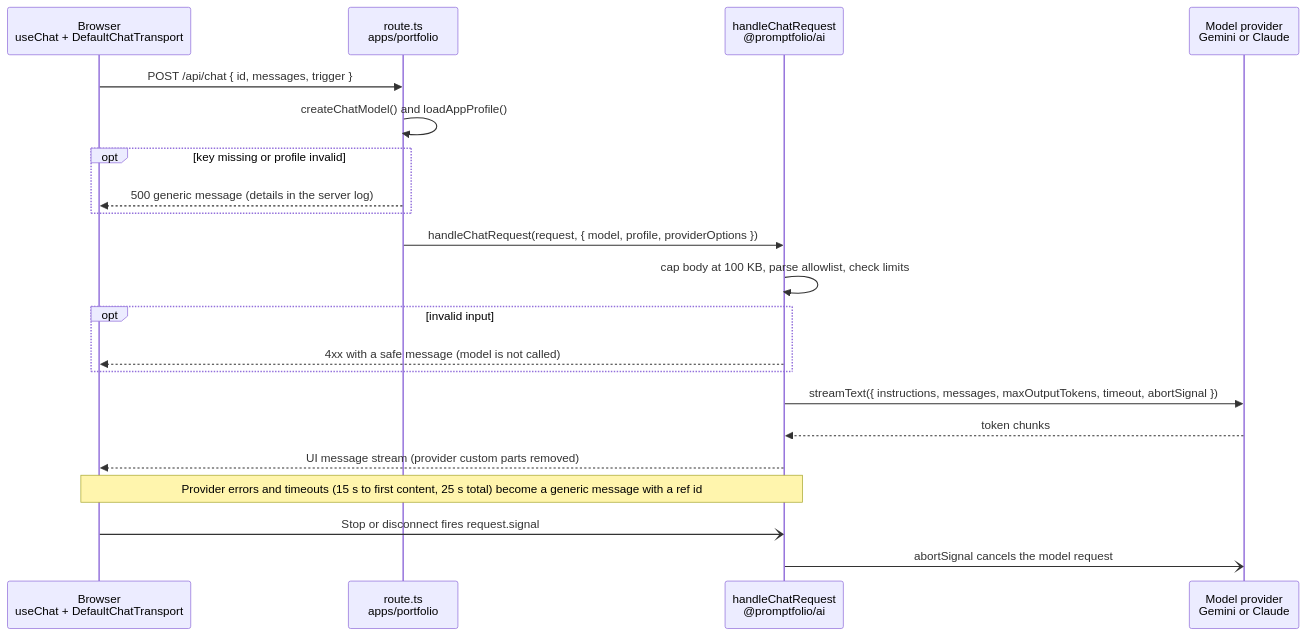
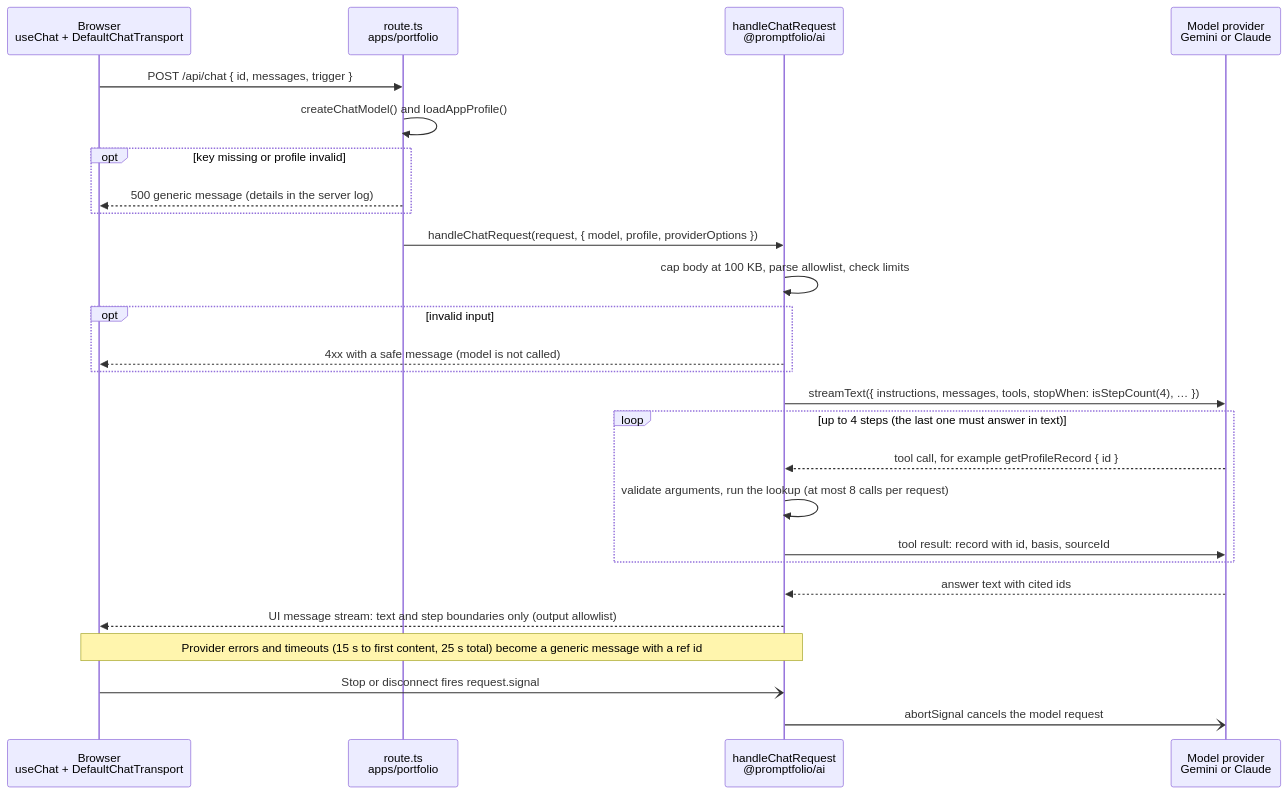
Before and after one commit to promptfolios/promptfolio: the second of 5 diagrams in docs/ARCHITECTURE.md, drawn with Mermaid. The commit also changed other lines of this file and 2 other files, not shown here.

Commit message:
docs: add the M5 plan and document profile lookup tools

````diff
--- a/docs/ARCHITECTURE.md
+++ b/docs/ARCHITECTURE.md
@@ -63,24 +68,29 @@
 ```mermaid
 sequenceDiagram
     participant B as Browser<br/>useChat + DefaultChatTransport
     participant R as route.ts<br/>apps/portfolio
     participant H as handleChatRequest<br/>@promptfolio/ai
     participant P as Model provider<br/>Gemini or Claude
 
     B->>R: POST /api/chat { id, messages, trigger }
     R->>R: createChatModel() and loadAppProfile()
     opt key missing or profile invalid
         R-->>B: 500 generic message (details in the server log)
     end
     R->>H: handleChatRequest(request, { model, profile, providerOptions })
     H->>H: cap body at 100 KB, parse allowlist, check limits
     opt invalid input
         H-->>B: 4xx with a safe message (model is not called)
     end
-    H->>P: streamText({ instructions, messages, maxOutputTokens, timeout, abortSignal })
-    P-->>H: token chunks
-    H-->>B: UI message stream (provider custom parts removed)
+    H->>P: streamText({ instructions, messages, tools, stopWhen: isStepCount(4), … })
+    loop up to 4 steps (the last one must answer in text)
+        P-->>H: tool call, for example getProfileRecord { id }
+        H->>H: validate arguments, run the lookup (at most 8 calls per request)
+        H->>P: tool result: record with id, basis, sourceId
+    end
+    P-->>H: answer text with cited ids
+    H-->>B: UI message stream: text and step boundaries only (output allowlist)
     Note over B,H: Provider errors and timeouts (15 s to first content, 25 s total) become a generic message with a ref id
     B-)H: Stop or disconnect fires request.signal
     H-)P: abortSignal cancels the model request
 ```
````
